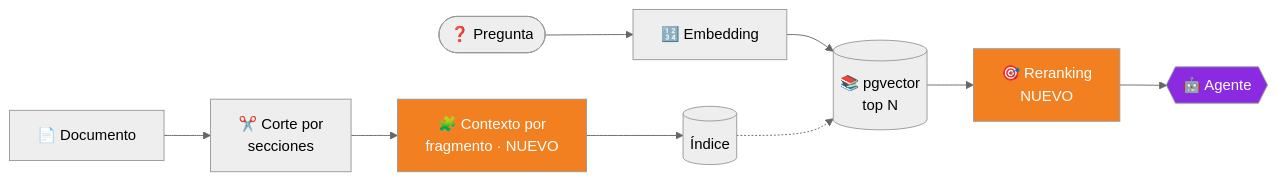
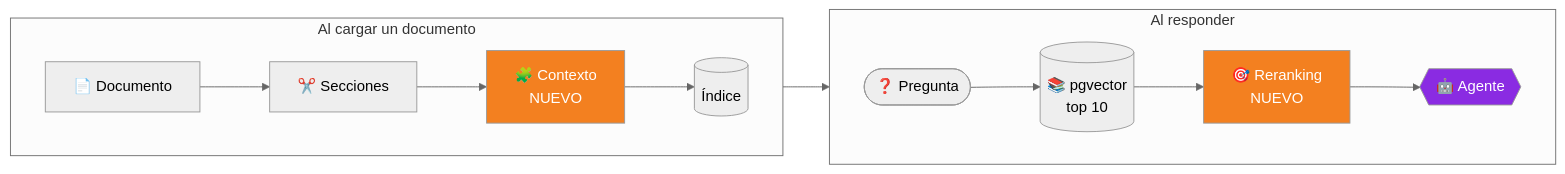
The third of 4 diagrams in PUESTA-AL-DIA.md (grancobud/arm-whatsapp), drawn with Mermaid (neutral theme) before and after one commit. The commit also changed other lines of this file, not shown here.

Commit message:
docs: diagramas de la puesta al día más legibles

````diff
--- a/PUESTA-AL-DIA.md
+++ b/PUESTA-AL-DIA.md
@@ -136,15 +138,14 @@
 ```mermaid
 flowchart LR
-    Q([❓ Pregunta]) --> E[🔢 Embedding]
-    E --> S[(📚 pgvector<br/>top N)]
-    S --> RR[🎯 Reranking<br/>NUEVO]
-    RR --> A{{🤖 Agente}}
-    D[📄 Documento] --> CH[✂️ Corte por<br/>secciones]
-    CH --> CX[🧩 Contexto por<br/>fragmento · NUEVO]
-    CX --> IX[(Índice)]
-    IX -.-> S
-
-    style RR fill:#F38020,color:#fff
-    style CX fill:#F38020,color:#fff
-    style A fill:#8A2BE2,color:#fff
+    subgraph Q [Al responder]
+        direction LR
+        Q1([❓ Pregunta]) --> S[(📚 pgvector<br/>top 10)] --> RR[🎯 Reranking<br/>NUEVO]:::n --> A{{🤖 Agente}}:::a
+    end
+    subgraph I [Al cargar un documento]
+        direction LR
+        D[📄 Documento] --> CH[✂️ Secciones] --> CX[🧩 Contexto<br/>NUEVO]:::n --> IX[(Índice)]
+    end
+    I --> Q
+    classDef n fill:#F38020,color:#fff
+    classDef a fill:#8A2BE2,color:#fff
 ```
````
